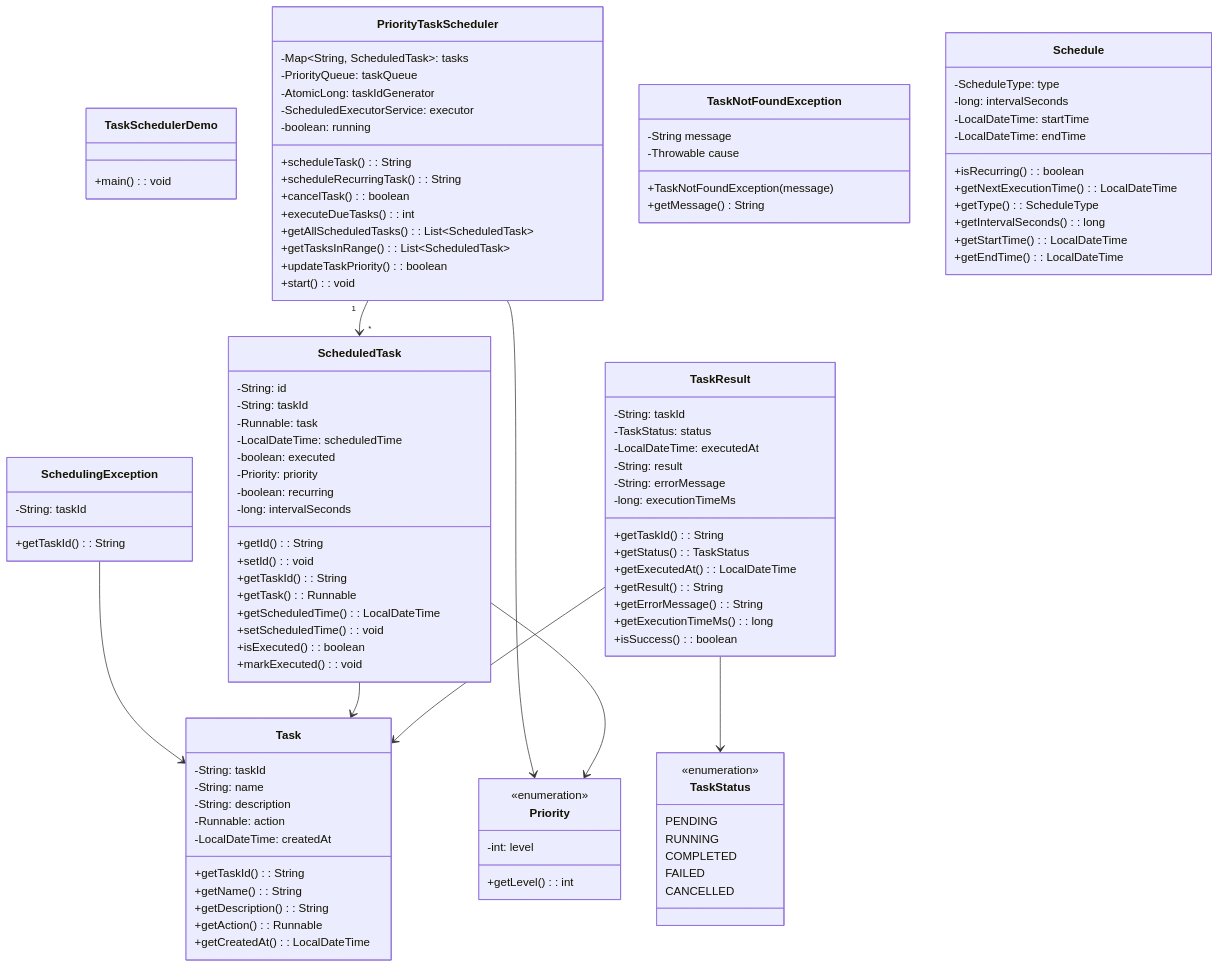
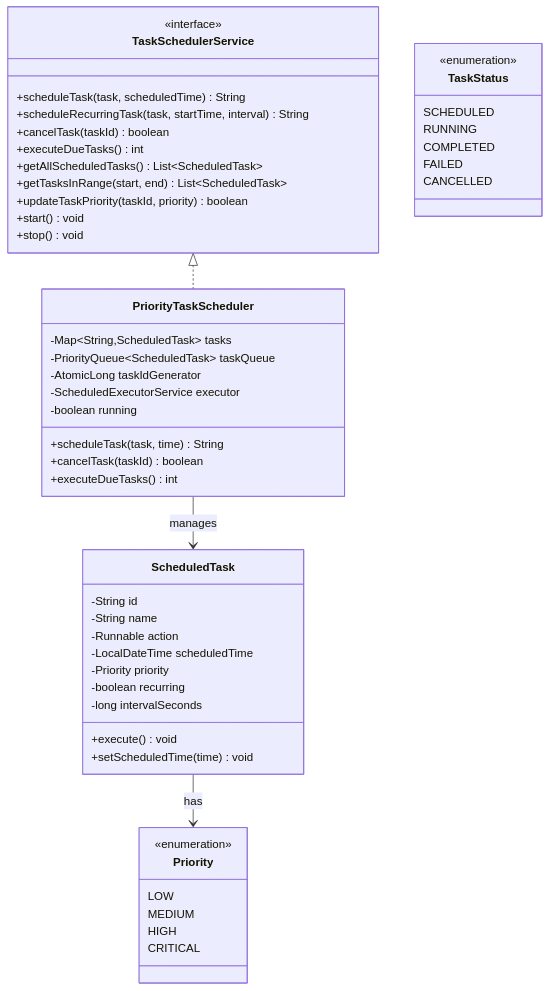
Before and after one commit to dlkr18/lld-playbook: the diagram in docs/problems/taskscheduler/README.md, drawn with Mermaid. The commit also changed other lines of this file and 306 other files, not shown here.

````diff
--- a/docs/problems/taskscheduler/README.md
+++ b/docs/problems/taskscheduler/README.md
@@ -87,119 +85,59 @@
 ```mermaid
 classDiagram
+    class TaskSchedulerService {
+        <<interface>>
+        +scheduleTask(task, scheduledTime) String
+        +scheduleRecurringTask(task, startTime, interval) String
+        +cancelTask(taskId) boolean
+        +executeDueTasks() int
+        +getAllScheduledTasks() List~ScheduledTask~
+        +getTasksInRange(start, end) List~ScheduledTask~
+        +updateTaskPriority(taskId, priority) boolean
+        +start() void
+        +stop() void
+    }
 
-    class TaskSchedulerDemo {
-        +main(): void
+    class PriorityTaskScheduler {
+        -Map~String,ScheduledTask~ tasks
+        -PriorityQueue~ScheduledTask~ taskQueue
+        -AtomicLong taskIdGenerator
+        -ScheduledExecutorService executor
+        -boolean running
+        +scheduleTask(task, time) String
+        +cancelTask(taskId) boolean
+        +executeDueTasks() int
     }
 
     class ScheduledTask {
-        -String: id
-        -String: taskId
-        -Runnable: task
-        -LocalDateTime: scheduledTime
-        -boolean: executed
-        -Priority: priority
-        -boolean: recurring
-        -long: intervalSeconds
-        +getId(): String
-        +setId(): void
-        +getTaskId(): String
-        +getTask(): Runnable
-        +getScheduledTime(): LocalDateTime
-        +setScheduledTime(): void
-        +isExecuted(): boolean
-        +markExecuted(): void
+        -String id
+        -String name
+        -Runnable action
+        -LocalDateTime scheduledTime
+        -Priority priority
+        -boolean recurring
+        -long intervalSeconds
+        +execute() void
+        +setScheduledTime(time) void
     }
 
-    class PriorityTaskScheduler {
-        -Map~String, ScheduledTask~: tasks
-        -PriorityQueue<ScheduledTask>: taskQueue
-        -AtomicLong: taskIdGenerator
-        -ScheduledExecutorService: executor
-        -boolean: running
-        +scheduleTask(): String
-        +scheduleRecurringTask(): String
-        +cancelTask(): boolean
-        +executeDueTasks(): int
-        +getAllScheduledTasks(): List~ScheduledTask~
-        +getTasksInRange(): List~ScheduledTask~
-        +updateTaskPriority(): boolean
-        +start(): void
-    }
-
-    class SchedulingException {
-        -String: taskId
-        +getTaskId(): String
-    }
-
-    class TaskNotFoundException {
-        -String message
-        -Throwable cause
-        +TaskNotFoundException(message)
-        +getMessage() String
-    }
-
-    class Schedule {
-        -ScheduleType: type
-        -long: intervalSeconds
-        -LocalDateTime: startTime
-        -LocalDateTime: endTime
-        +isRecurring(): boolean
-        +getNextExecutionTime(): LocalDateTime
-        +getType(): ScheduleType
-        +getIntervalSeconds(): long
-        +getStartTime(): LocalDateTime
-        +getEndTime(): LocalDateTime
+    class Priority {
+        <<enumeration>>
+        LOW
+        MEDIUM
+        HIGH
+        CRITICAL
     }
 
     class TaskStatus {
         <<enumeration>>
-        PENDING
+        SCHEDULED
         RUNNING
         COMPLETED
         FAILED
         CANCELLED
     }
 
-    class TaskResult {
-        -String: taskId
-        -TaskStatus: status
-        -LocalDateTime: executedAt
-        -String: result
-        -String: errorMessage
-        -long: executionTimeMs
-        +getTaskId(): String
-        +getStatus(): TaskStatus
-        +getExecutedAt(): LocalDateTime
-        +getResult(): String
-        +getErrorMessage(): String
-        +getExecutionTimeMs(): long
-        +isSuccess(): boolean
-    }
-
-    class Task {
-        -String: taskId
-        -String: name
-        -String: description
-        -Runnable: action
-        -LocalDateTime: createdAt
-        +getTaskId(): String
-        +getName(): String
-        +getDescription(): String
-        +getAction(): Runnable
-        +getCreatedAt(): LocalDateTime
-    }
-
-    class Priority {
-        <<enumeration>>
-        -int: level
-        +getLevel(): int
-    }
-
-    PriorityTaskScheduler "1" --> "*" ScheduledTask
-    PriorityTaskScheduler --> Priority
-    SchedulingException --> Task
-    ScheduledTask --> Task
-    ScheduledTask --> Priority
-    TaskResult --> Task
-    TaskResult --> TaskStatus
+    TaskSchedulerService <|.. PriorityTaskScheduler
+    PriorityTaskScheduler --> ScheduledTask : manages
+    ScheduledTask --> Priority : has
 ```
````
